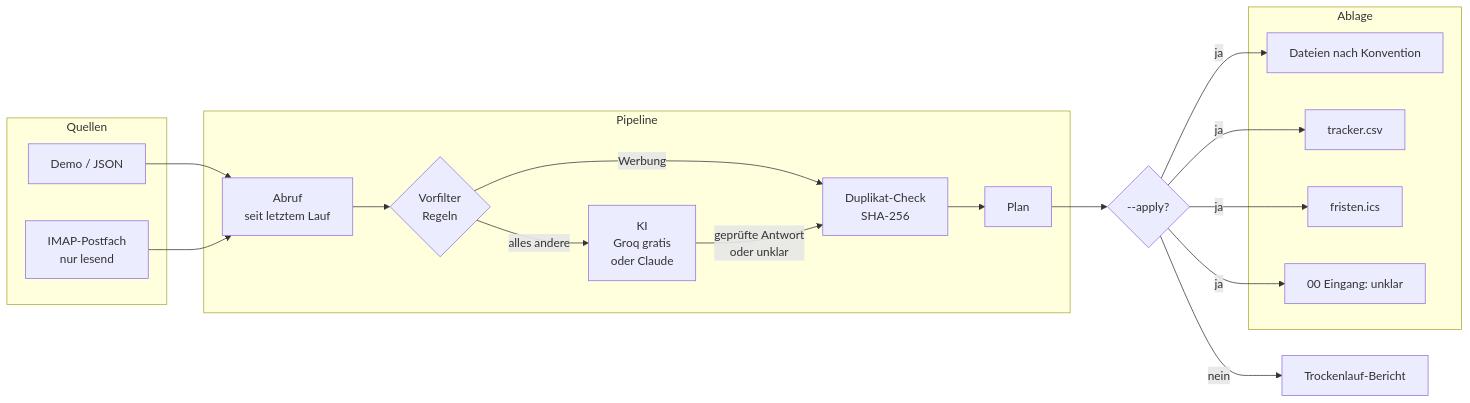
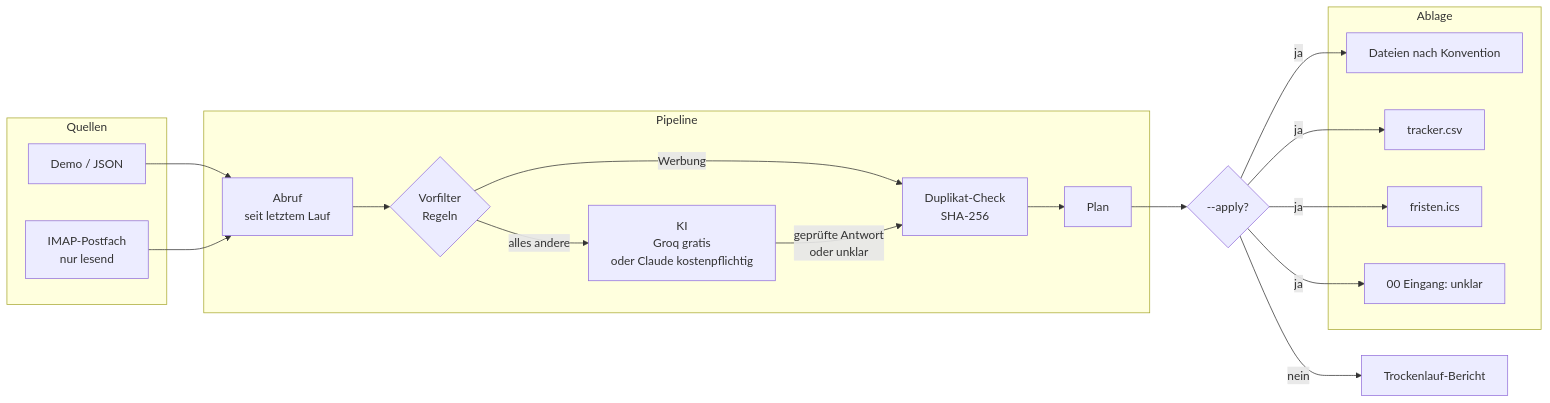
One commit to trais92/paperpilot changed the diagram in README.md. Above: the diagram before and after it, drawn with Mermaid. The commit also changed other lines of this file and 11 other files, not shown here.

First line of the commit message:
Claude überall als kostenpflichtig kennzeichnen

````diff
--- a/README.md
+++ b/README.md
@@ -97,25 +97,25 @@
 ```mermaid
 flowchart LR
     subgraph Quellen
         J[Demo / JSON]
         I[IMAP-Postfach<br/>nur lesend]
     end
     subgraph Pipeline
         F[Abruf<br/>seit letztem Lauf] --> V{Vorfilter<br/>Regeln}
         V -->|Werbung| D[Duplikat-Check<br/>SHA-256]
-        V -->|alles andere| L[KI<br/>Groq gratis<br/>oder Claude]
+        V -->|alles andere| L[KI<br/>Groq gratis<br/>oder Claude kostenpflichtig]
         L -->|geprüfte Antwort<br/>oder unklar| D
         D --> P[Plan]
     end
     P --> H{--apply?}
     H -->|nein| T[Trockenlauf-Bericht]
     subgraph Ablage
         A[Dateien nach Konvention]
         K[tracker.csv]
         X[fristen.ics]
         E[00 Eingang: unklar]
     end
     H -->|ja| A & K & X & E
     J --> F
     I --> F
 ```
````
